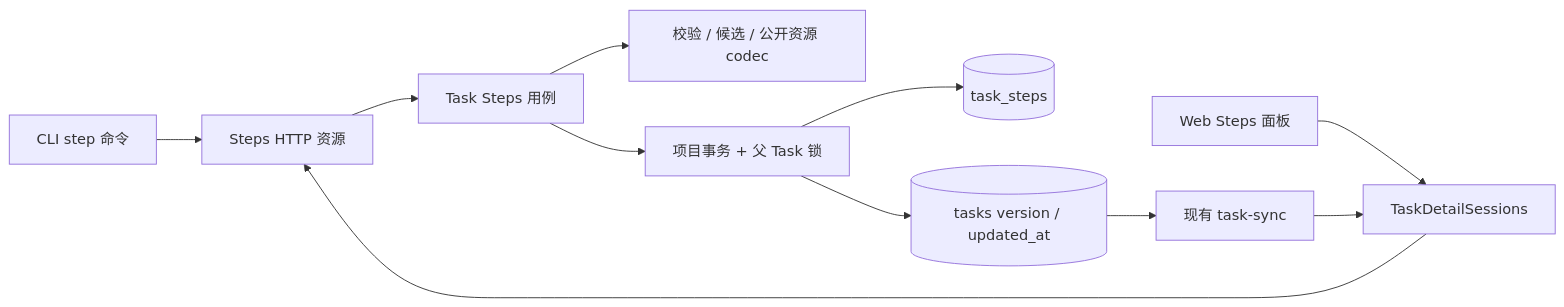
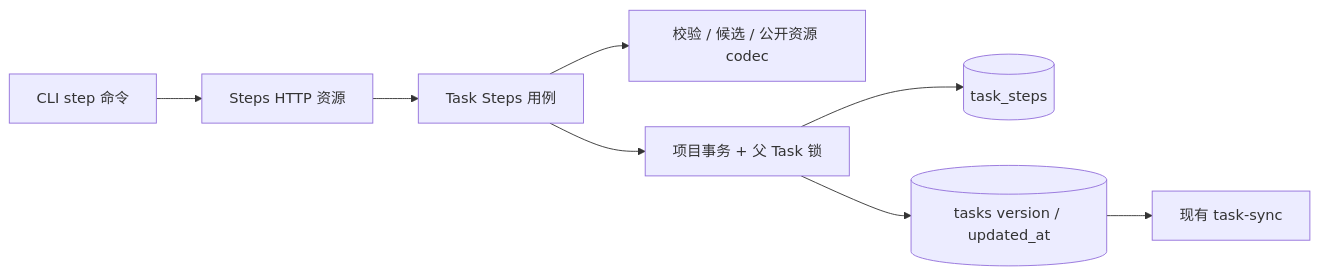
The diagram in docs/design/daynight-task-steps.md (codetreker/daynight), drawn with Mermaid before and after one commit. The commit also changed other lines of this file and 71 other files, not shown here.

Commit message:
Remove Web task steps workspace

````diff
--- a/docs/design/daynight-task-steps.md
+++ b/docs/design/daynight-task-steps.md
@@ -27,13 +25,10 @@
 ```mermaid
 flowchart LR
   CLI[CLI step 命令] --> HTTP[Steps HTTP 资源]
-  Web[Web Steps 面板] --> Owner[TaskDetailSessions]
-  Owner --> HTTP
   HTTP --> Service[Task Steps 用例]
   Service --> Pure[校验 / 候选 / 公开资源 codec]
   Service --> Tx[项目事务 + 父 Task 锁]
   Tx --> Rows[(task_steps)]
   Tx --> Parent[(tasks version / updated_at)]
   Parent --> Sync[现有 task-sync]
-  Sync --> Owner
 ```
````
